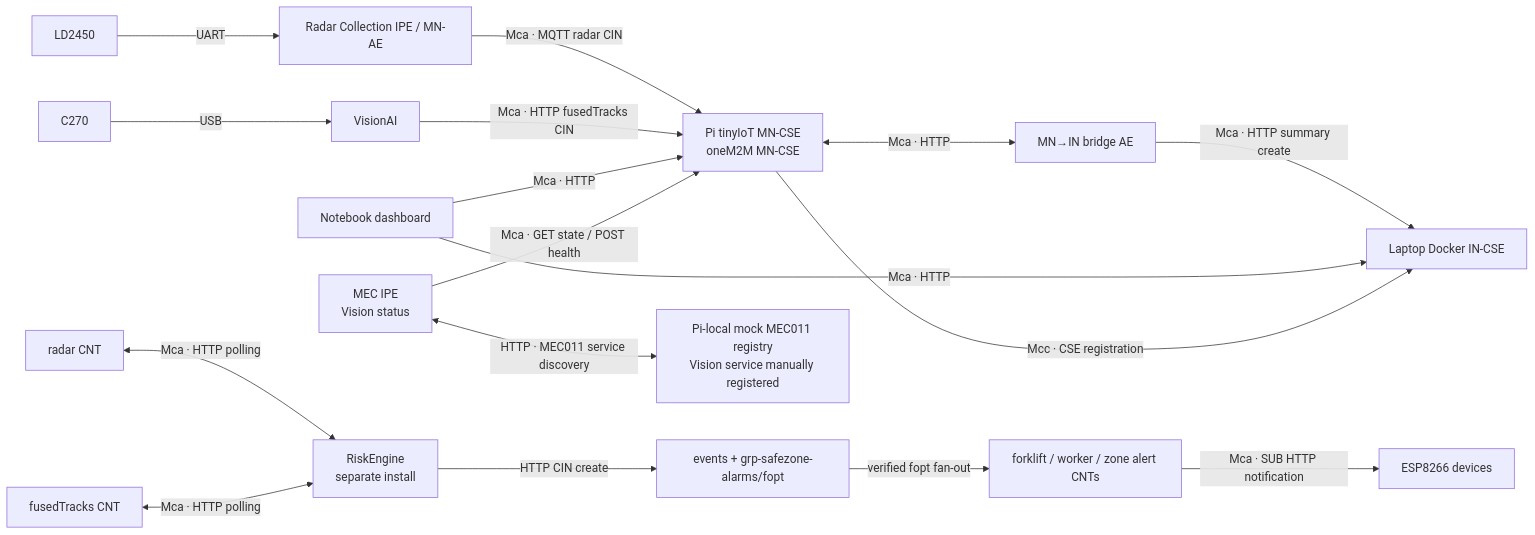
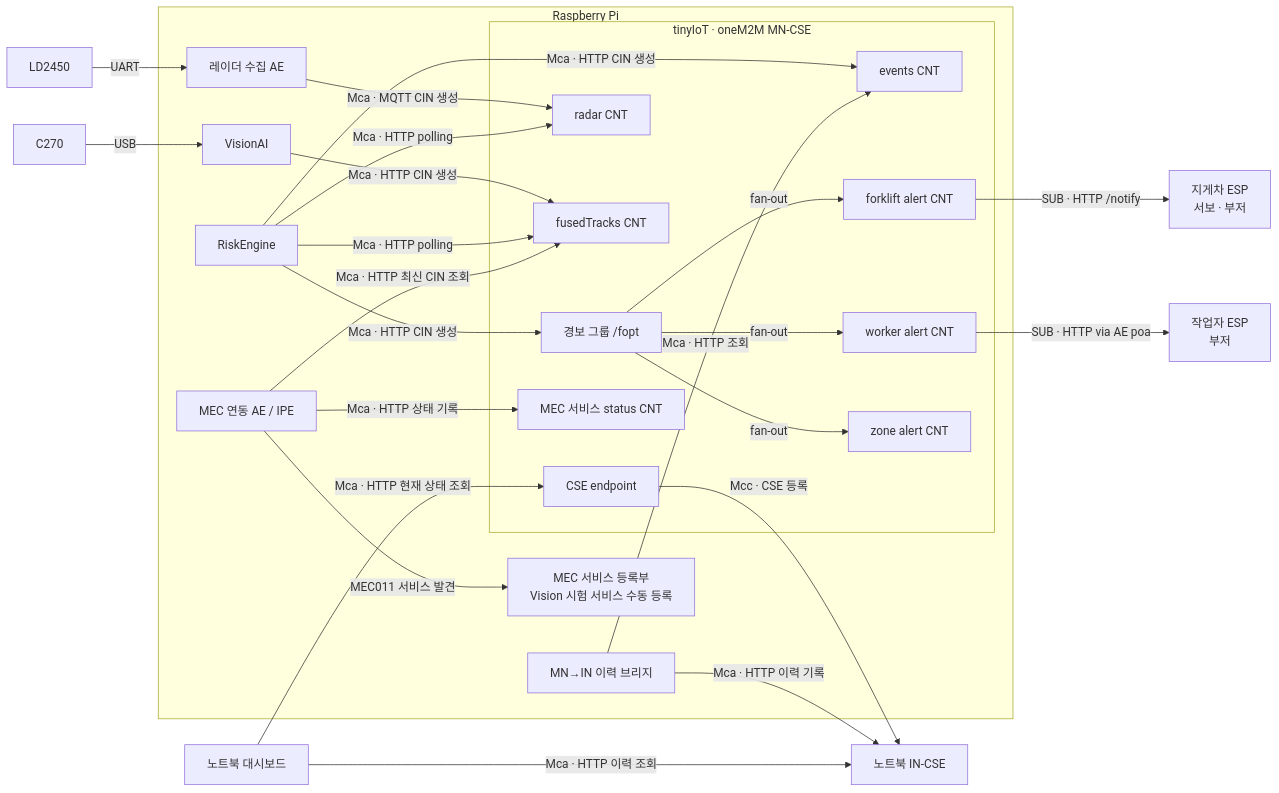
One commit to extra-7ex/Sejong_4IoT_OneM2M changed the diagram in README.md. Above: the diagram before and after it, drawn with Mermaid. The commit also changed other lines of this file, not shown here.

Commit message:
Clarify README architecture and resource tree

````diff
--- a/README.md
+++ b/README.md
@@ -35,19 +35,45 @@
 ```mermaid
 flowchart LR
-  LD["LD2450"] -->|"UART"| RIPE["Radar Collection IPE / MN-AE"]
-  RIPE -->|"Mca · MQTT radar CIN"| MN["Pi tinyIoT MN-CSE<br/>oneM2M MN-CSE"]
-  CAM["C270"] -->|"USB"| VIS["VisionAI"]
-  VIS -->|"Mca · HTTP fusedTracks CIN"| MN
-  RAD["radar CNT"] <-->|"Mca · HTTP polling"| RE["RiskEngine<br/>separate install"]
-  FUSED["fusedTracks CNT"] <-->|"Mca · HTTP polling"| RE
-  RE -->|"HTTP CIN create"| OUT["events + grp-safezone-alarms/fopt"]
-  OUT -->|"verified fopt fan-out"| ALERTS["forklift / worker / zone alert CNTs"]
-  ALERTS -->|"Mca · SUB HTTP notification"| ESP["ESP8266 devices"]
-  MN <-->|"Mca · HTTP"| BR["MN→IN bridge AE"]
-  BR -->|"Mca · HTTP summary create"| IN["Laptop Docker IN-CSE"]
-  DASH["Notebook dashboard"] -->|"Mca · HTTP"| MN
-  DASH -->|"Mca · HTTP"| IN
-  IPE["MEC IPE<br/>Vision status"] -->|"Mca · GET state / POST health"| MN
-  MN -->|"Mcc · CSE registration"| IN
-  IPE <-->|"HTTP · MEC011 service discovery"| MECREG["Pi-local mock MEC011 registry<br/>Vision service manually registered"]
+  LD["LD2450"] -->|"UART"| RIPE
+  CAM["C270"] -->|"USB"| VIS
+
+  subgraph PI["Raspberry Pi"]
+    RIPE["레이더 수집 AE"]
+    VIS["VisionAI"]
+    RE["RiskEngine"]
+    IPE["MEC 연동 AE / IPE"]
+    subgraph MN["tinyIoT · oneM2M MN-CSE"]
+      CSE["CSE endpoint"]
+      RAD["radar CNT"]
+      FUSED["fusedTracks CNT"]
+      EVENT["events CNT"]
+      GROUP["경보 그룹 /fopt"]
+      FA["forklift alert CNT"]
+      WA["worker alert CNT"]
+      ZA["zone alert CNT"]
+      STATUS["MEC 서비스 status CNT"]
+      GROUP -->|"fan-out"| FA
+      GROUP -->|"fan-out"| WA
+      GROUP -->|"fan-out"| ZA
+    end
+    MECREG["MEC 서비스 등록부<br/>Vision 시험 서비스 수동 등록"]
+    BR["MN→IN 이력 브리지"]
+  end
+
+  RIPE -->|"Mca · MQTT CIN 생성"| RAD
+  VIS -->|"Mca · HTTP CIN 생성"| FUSED
+  RE -->|"Mca · HTTP polling"| RAD
+  RE -->|"Mca · HTTP polling"| FUSED
+  RE -->|"Mca · HTTP CIN 생성"| EVENT
+  RE -->|"Mca · HTTP CIN 생성"| GROUP
+  FA -->|"SUB · HTTP /notify"| FE["지게차 ESP<br/>서보 · 부저"]
+  WA -->|"SUB · HTTP via AE poa"| WE["작업자 ESP<br/>부저"]
+  IPE -->|"MEC011 서비스 발견"| MECREG
+  IPE -->|"Mca · HTTP 최신 CIN 조회"| FUSED
+  IPE -->|"Mca · HTTP 상태 기록"| STATUS
+  CSE -->|"Mcc · CSE 등록"| IN["노트북 IN-CSE"]
+  BR -->|"Mca · HTTP 조회"| EVENT
+  BR -->|"Mca · HTTP 이력 기록"| IN
+  DASH["노트북 대시보드"] -->|"Mca · HTTP 현재 상태 조회"| CSE
+  DASH -->|"Mca · HTTP 이력 조회"| IN
 ```
````
